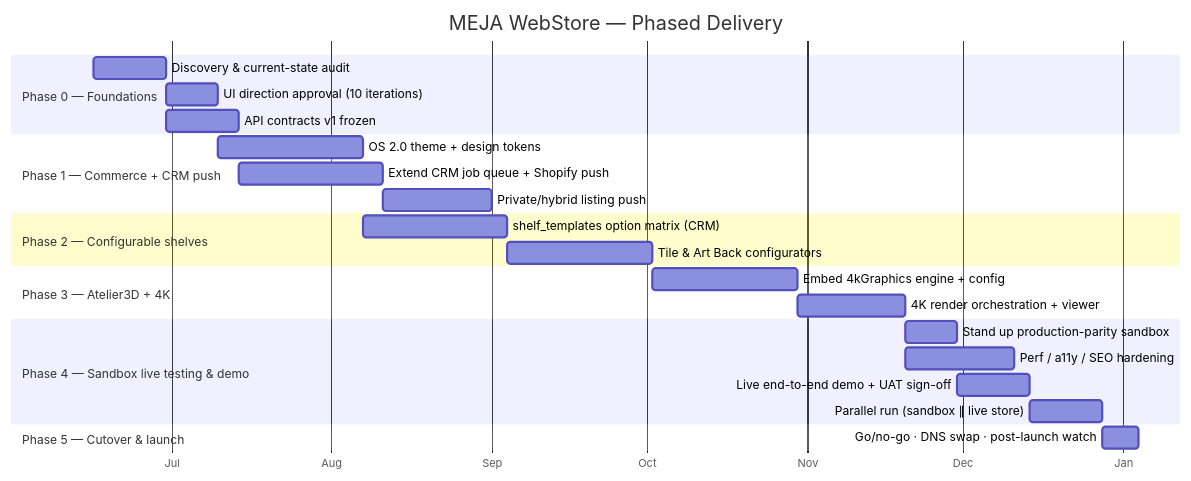
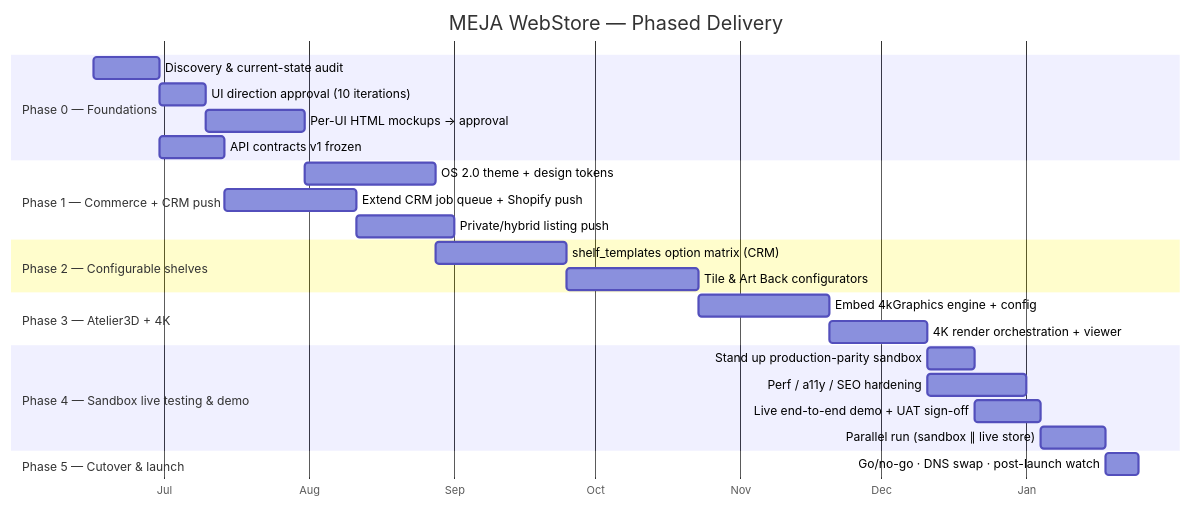
One commit to jfsgi/MEJA-ShopifyStore changed the seventh of 7 diagrams in docs/01-Master-Plan.md. Above: the diagram before and after it, drawn with Mermaid. The commit also changed other lines of this file and 7 other files, not shown here.

````diff
--- a/docs/01-Master-Plan.md
+++ b/docs/01-Master-Plan.md
@@ -392,27 +392,28 @@
 ```mermaid
 gantt
     title MEJA WebStore — Phased Delivery
     dateFormat YYYY-MM-DD
     axisFormat %b
     section Phase 0 — Foundations
     Discovery & current-state audit      :p0a, 2026-06-16, 14d
     UI direction approval (10 iterations):p0b, after p0a, 10d
+    Per-UI HTML mockups → approval        :p0d, after p0b, 21d
     API contracts v1 frozen              :p0c, after p0a, 14d
     section Phase 1 — Commerce + CRM push
-    OS 2.0 theme + design tokens         :p1a, after p0b, 28d
+    OS 2.0 theme + design tokens         :p1a, after p0d, 28d
     Extend CRM job queue + Shopify push  :p1b, after p0c, 28d
     Private/hybrid listing push          :p1c, after p1b, 21d
     section Phase 2 — Configurable shelves
     shelf_templates option matrix (CRM)  :p2a, after p1a, 28d
     Tile & Art Back configurators        :p2b, after p2a, 28d
     section Phase 3 — Atelier3D + 4K
     Embed 4kGraphics engine + config      :p3a, after p2b, 28d
     4K render orchestration + viewer     :p3b, after p3a, 21d
     section Phase 4 — Sandbox live testing & demo
     Stand up production-parity sandbox   :p4a, after p3b, 10d
     Perf / a11y / SEO hardening          :p4b, after p3b, 21d
     Live end-to-end demo + UAT sign-off  :p4c, after p4a, 14d
     Parallel run (sandbox ∥ live store)  :p4d, after p4c, 14d
     section Phase 5 — Cutover & launch
     Go/no-go · DNS swap · post-launch watch :p5a, after p4d, 7d
 ```
````
